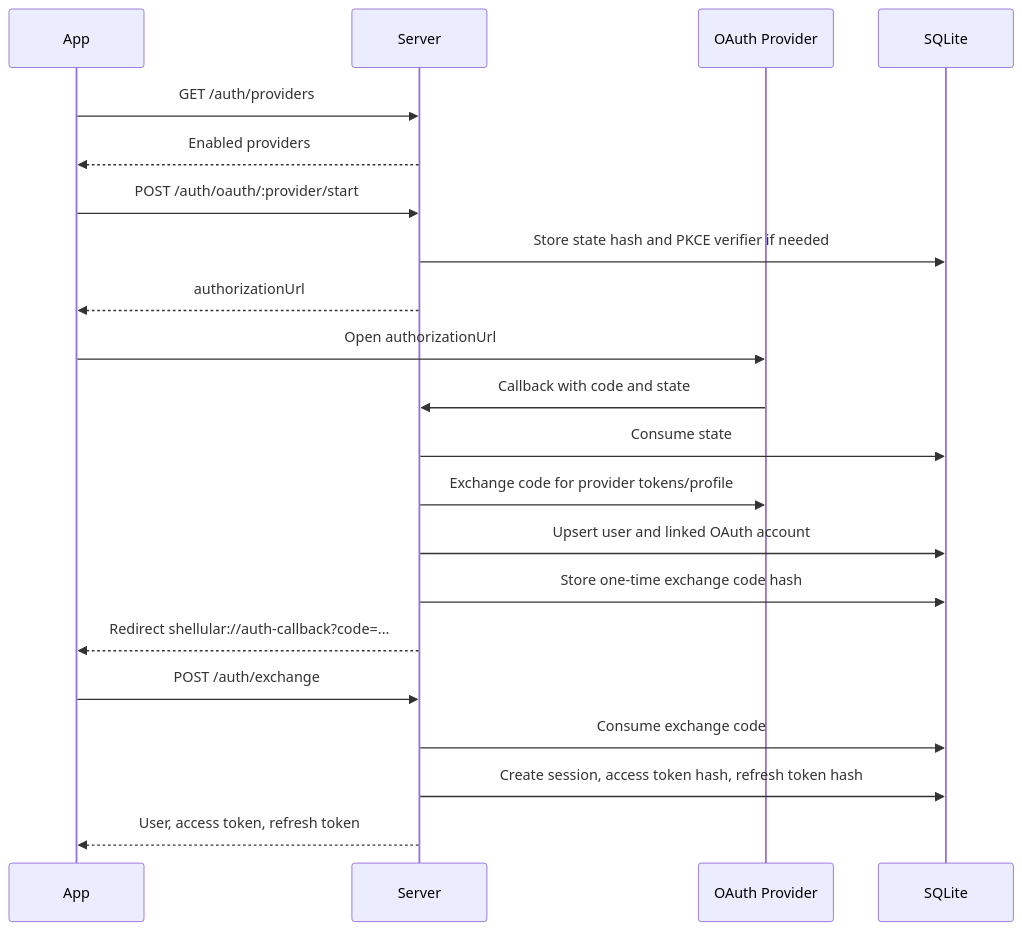
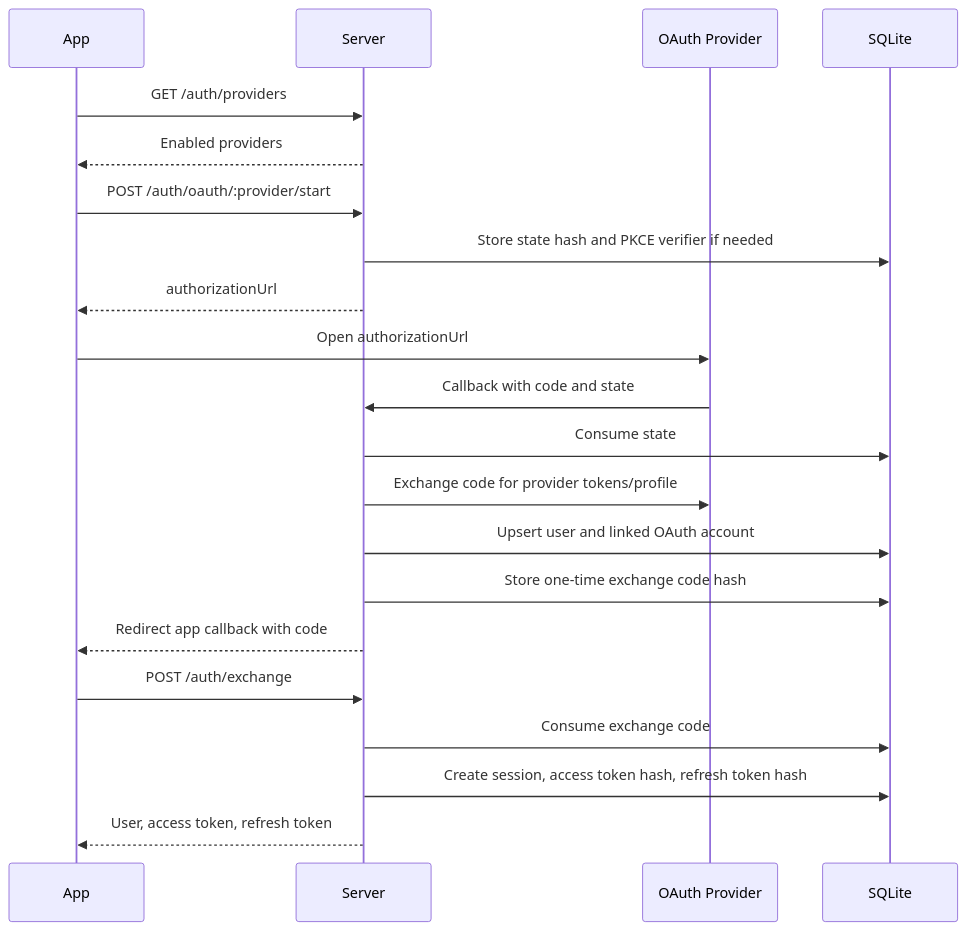
One commit to shellular-org/server changed the first of 4 diagrams in docs/oauth-flow.md. Above: the diagram before and after it, drawn with Mermaid. The commit also changed other lines of this file and 7 other files, not shown here.

````diff
--- a/docs/oauth-flow.md
+++ b/docs/oauth-flow.md
@@ -32,24 +32,24 @@
 ```mermaid
 sequenceDiagram
     participant App
     participant Server
     participant Provider as OAuth Provider
     participant SQLite
 
     App->>Server: GET /auth/providers
     Server-->>App: Enabled providers
     App->>Server: POST /auth/oauth/:provider/start
     Server->>SQLite: Store state hash and PKCE verifier if needed
     Server-->>App: authorizationUrl
     App->>Provider: Open authorizationUrl
     Provider->>Server: Callback with code and state
     Server->>SQLite: Consume state
     Server->>Provider: Exchange code for provider tokens/profile
     Server->>SQLite: Upsert user and linked OAuth account
     Server->>SQLite: Store one-time exchange code hash
-    Server-->>App: Redirect shellular://auth-callback?code=...
+    Server-->>App: Redirect app callback with code
     App->>Server: POST /auth/exchange
     Server->>SQLite: Consume exchange code
     Server->>SQLite: Create session, access token hash, refresh token hash
     Server-->>App: User, access token, refresh token
 ```
````
